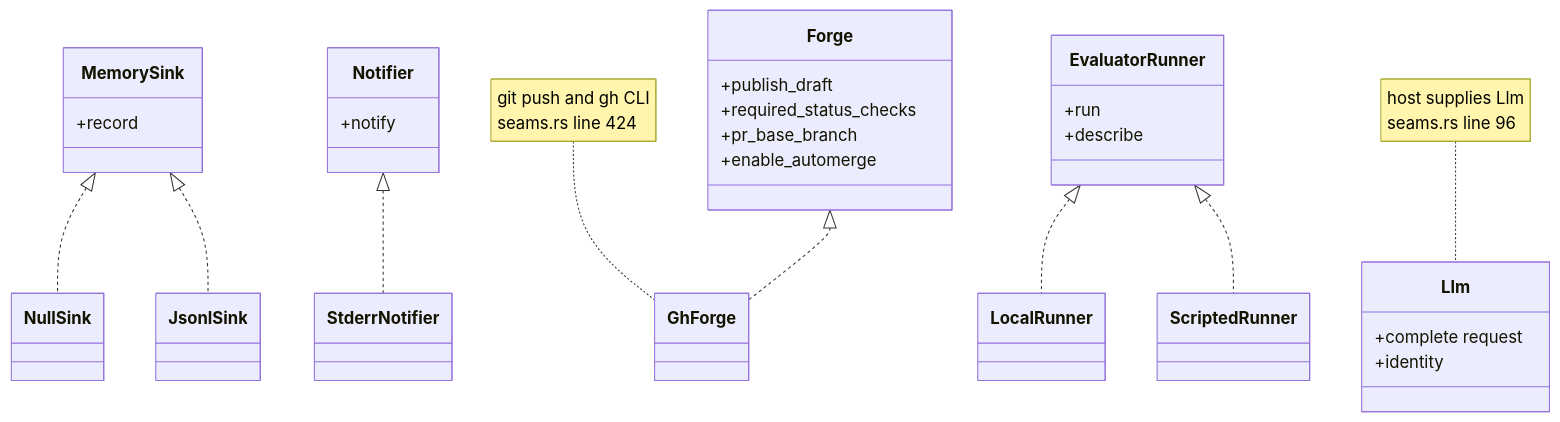
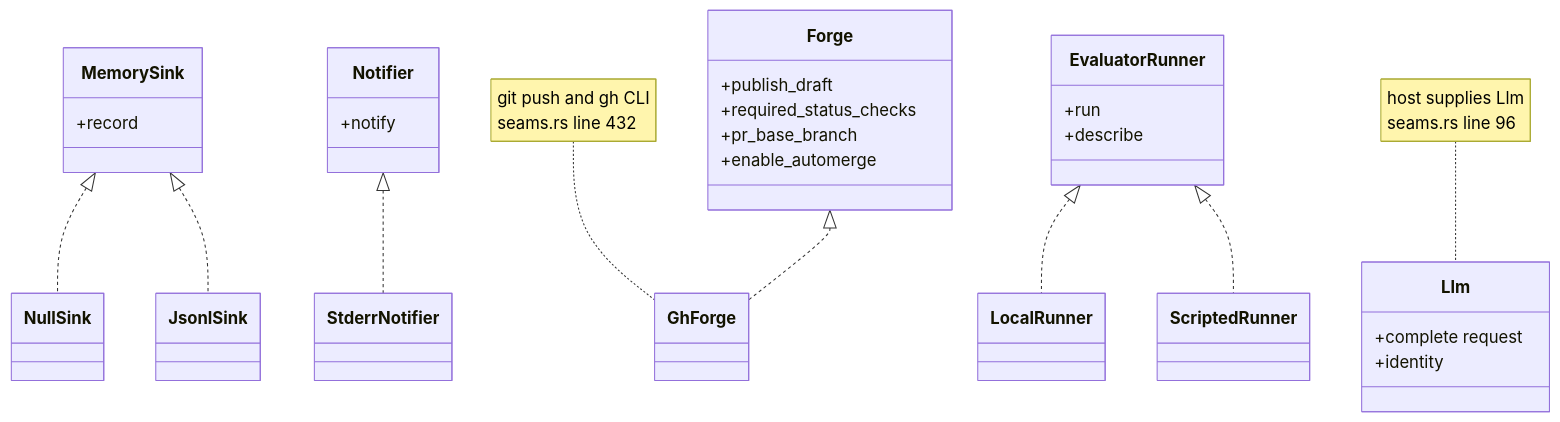
Before and after one commit to DreamLab-AI/VisionFlow: the first of 2 diagrams in docs/diagrams/dream-engine/12-seams-and-what-implements-them.md, drawn with Mermaid. The commit also changed other lines of this file and 8 other files, not shown here.

````diff
--- a/docs/diagrams/dream-engine/12-seams-and-what-implements-them.md
+++ b/docs/diagrams/dream-engine/12-seams-and-what-implements-them.md
@@ -33,37 +33,37 @@
 ```mermaid
 classDiagram
     class Llm {
         +complete request
         +identity
     }
     class MemorySink {
         +record
     }
     class Notifier {
         +notify
     }
     class Forge {
         +publish_draft
         +required_status_checks
         +pr_base_branch
         +enable_automerge
     }
     class EvaluatorRunner {
         +run
         +describe
     }
     class NullSink
     class JsonlSink
     class StderrNotifier
     class GhForge
     class LocalRunner
     class ScriptedRunner
     MemorySink <|.. NullSink
     MemorySink <|.. JsonlSink
     Notifier <|.. StderrNotifier
     Forge <|.. GhForge
     EvaluatorRunner <|.. LocalRunner
     EvaluatorRunner <|.. ScriptedRunner
     note for Llm "host supplies Llm<br/>seams.rs line 96"
-    note for GhForge "git push and gh CLI<br/>seams.rs line 424"
+    note for GhForge "git push and gh CLI<br/>seams.rs line 432"
 ```
````
